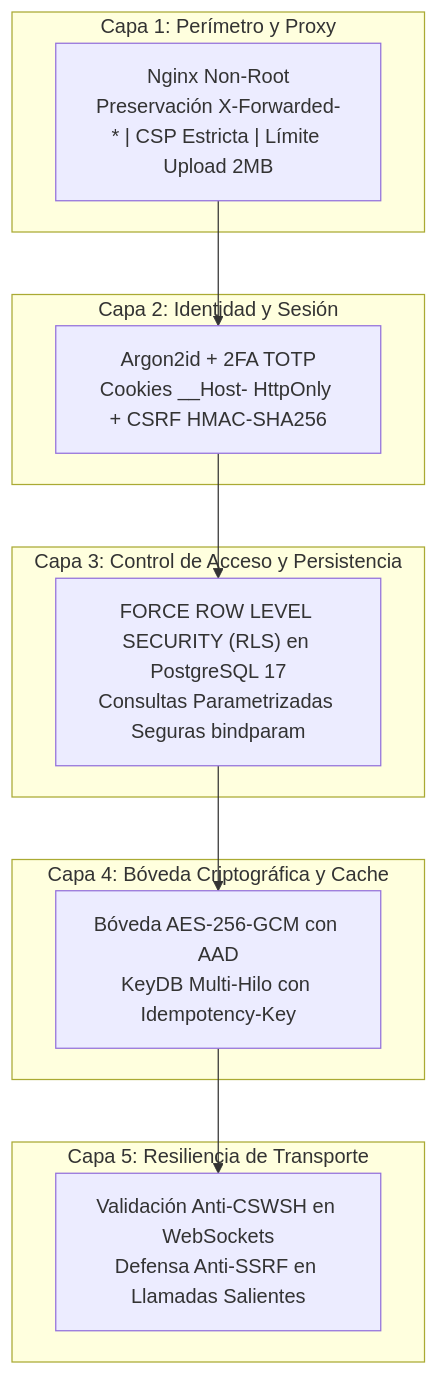
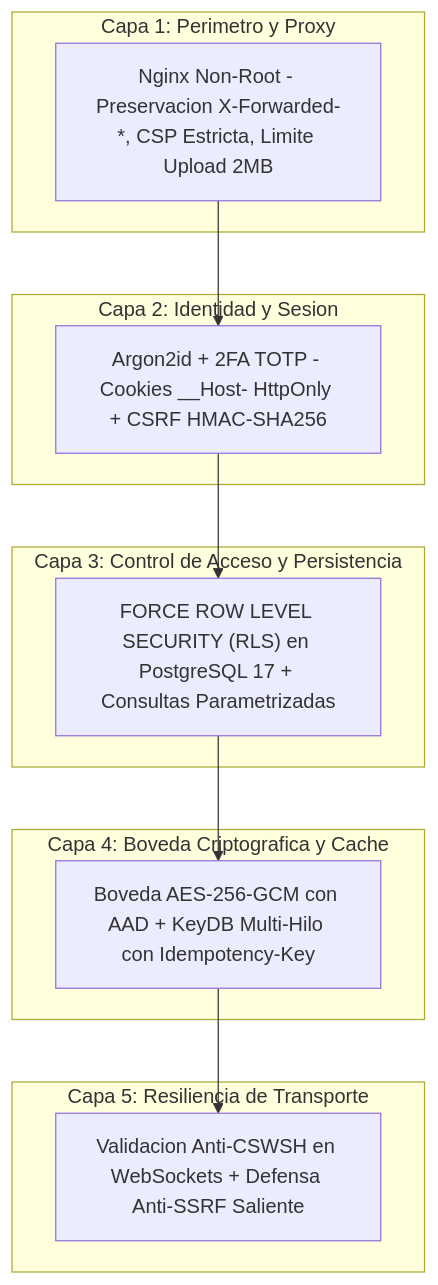
The first of 2 diagrams in SECURITY.md (tecno-consultores/qa-testing-blueprints), drawn with Mermaid before and after one commit. The commit also changed other lines of this file and 31 other files, not shown here.

Commit message:
docs(11x): restaurar matriz de herramientas, actualizar tags Docker Hub y corregir diagramas Mermaid

````diff
--- a/SECURITY.md
+++ b/SECURITY.md
@@ -37,24 +37,24 @@
 ```mermaid
 flowchart TD
-    subgraph "Capa 1: Perímetro y Proxy"
-        L1["Nginx Non-Root<br>Preservación X-Forwarded-* | CSP Estricta | Límite Upload 2MB"]
+    subgraph Capa1["Capa 1: Perimetro y Proxy"]
+        L1["Nginx Non-Root - Preservacion X-Forwarded-*, CSP Estricta, Limite Upload 2MB"]
     end
 
-    subgraph "Capa 2: Identidad y Sesión"
-        L2["Argon2id + 2FA TOTP<br>Cookies __Host- HttpOnly + CSRF HMAC-SHA256"]
+    subgraph Capa2["Capa 2: Identidad y Sesion"]
+        L2["Argon2id + 2FA TOTP - Cookies __Host- HttpOnly + CSRF HMAC-SHA256"]
     end
 
-    subgraph "Capa 3: Control de Acceso y Persistencia"
-        L3["FORCE ROW LEVEL SECURITY (RLS) en PostgreSQL 17<br>Consultas Parametrizadas Seguras bindparam"]
+    subgraph Capa3["Capa 3: Control de Acceso y Persistencia"]
+        L3["FORCE ROW LEVEL SECURITY (RLS) en PostgreSQL 17 + Consultas Parametrizadas"]
     end
 
-    subgraph "Capa 4: Bóveda Criptográfica y Cache"
-        L4["Bóveda AES-256-GCM con AAD<br>KeyDB Multi-Hilo con Idempotency-Key"]
+    subgraph Capa4["Capa 4: Boveda Criptografica y Cache"]
+        L4["Boveda AES-256-GCM con AAD + KeyDB Multi-Hilo con Idempotency-Key"]
     end
 
-    subgraph "Capa 5: Resiliencia de Transporte"
-        L5["Validación Anti-CSWSH en WebSockets<br>Defensa Anti-SSRF en Llamadas Salientes"]
+    subgraph Capa5["Capa 5: Resiliencia de Transporte"]
+        L5["Validacion Anti-CSWSH en WebSockets + Defensa Anti-SSRF Saliente"]
     end
 
     L1 --> L2 --> L3 --> L4 --> L5
 ```
````
